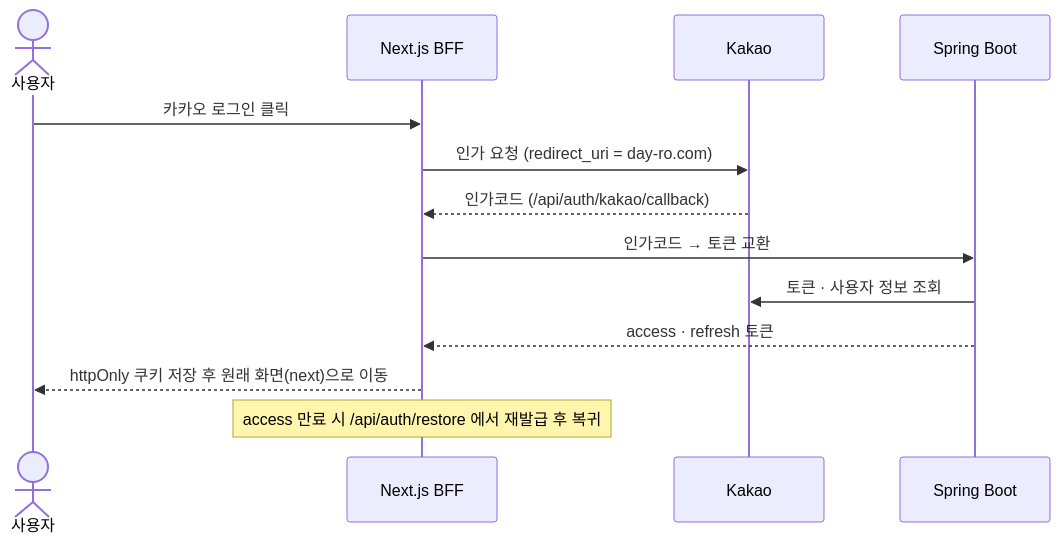
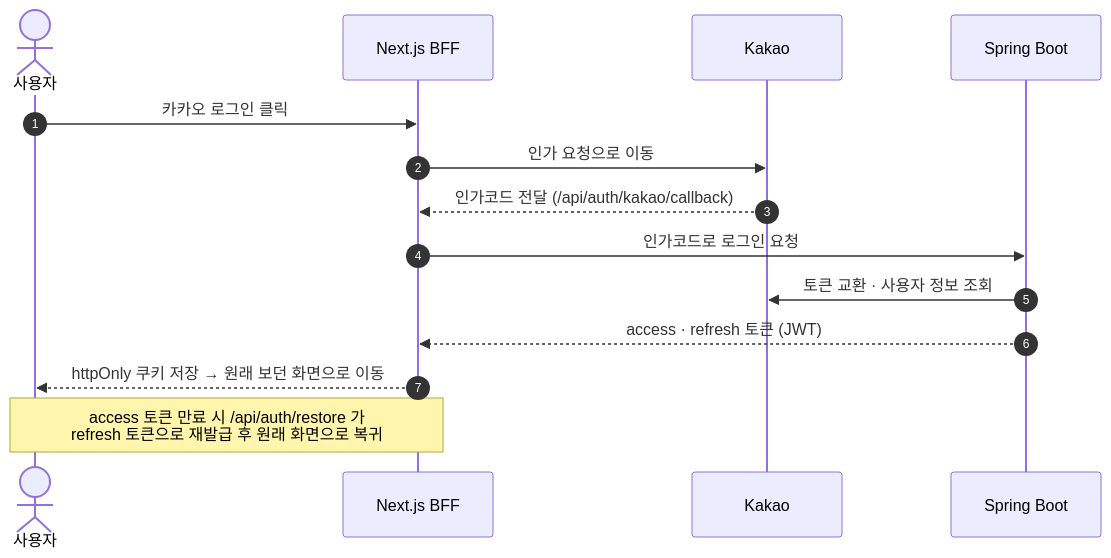
Before and after one commit to kyungchan3007/day-ro-deploy: the fourth of 5 diagrams in README.md, drawn with Mermaid. The commit also changed other lines of this file, not shown here.

Commit message:
2026-10-10 FE docs: README 다이어그램 보강 (아키텍처·코스 생성·로그인·배포·레이어)

````diff
--- a/README.md
+++ b/README.md
@@ -199,16 +246,17 @@
 ```mermaid
 sequenceDiagram
+    autonumber
     actor User as 사용자
     participant BFF as Next.js BFF
     participant Kakao as Kakao
     participant API as Spring Boot
 
     User->>BFF: 카카오 로그인 클릭
-    BFF->>Kakao: 인가 요청 (redirect_uri = day-ro.com)
-    Kakao-->>BFF: 인가코드 (/api/auth/kakao/callback)
-    BFF->>API: 인가코드 → 토큰 교환
-    API->>Kakao: 토큰 · 사용자 정보 조회
-    API-->>BFF: access · refresh 토큰
-    BFF-->>User: httpOnly 쿠키 저장 후 원래 화면(next)으로 이동
-    Note over BFF: access 만료 시 /api/auth/restore 에서 재발급 후 복귀
+    BFF->>Kakao: 인가 요청으로 이동
+    Kakao-->>BFF: 인가코드 전달 (/api/auth/kakao/callback)
+    BFF->>API: 인가코드로 로그인 요청
+    API->>Kakao: 토큰 교환 · 사용자 정보 조회
+    API-->>BFF: access · refresh 토큰 (JWT)
+    BFF-->>User: httpOnly 쿠키 저장 → 원래 보던 화면으로 이동
+    Note over User,BFF: access 토큰 만료 시 /api/auth/restore 가<br/>refresh 토큰으로 재발급 후 원래 화면으로 복귀
 ```
````
